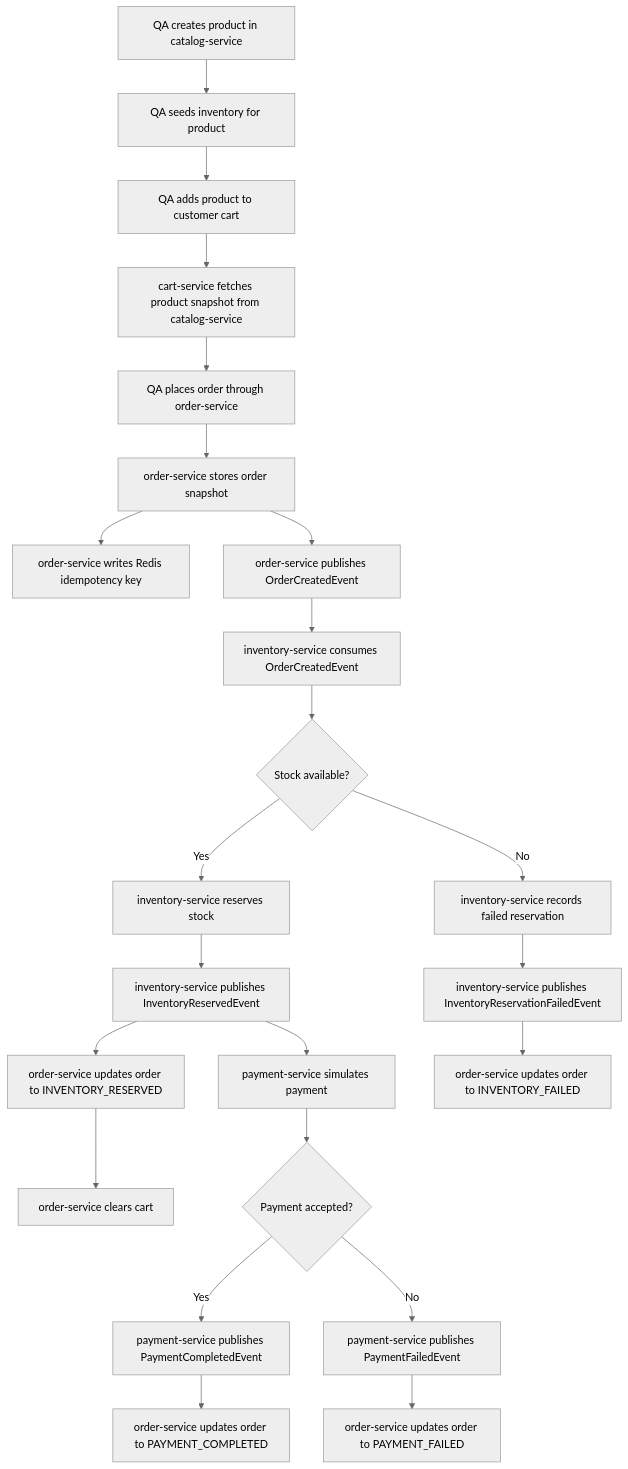
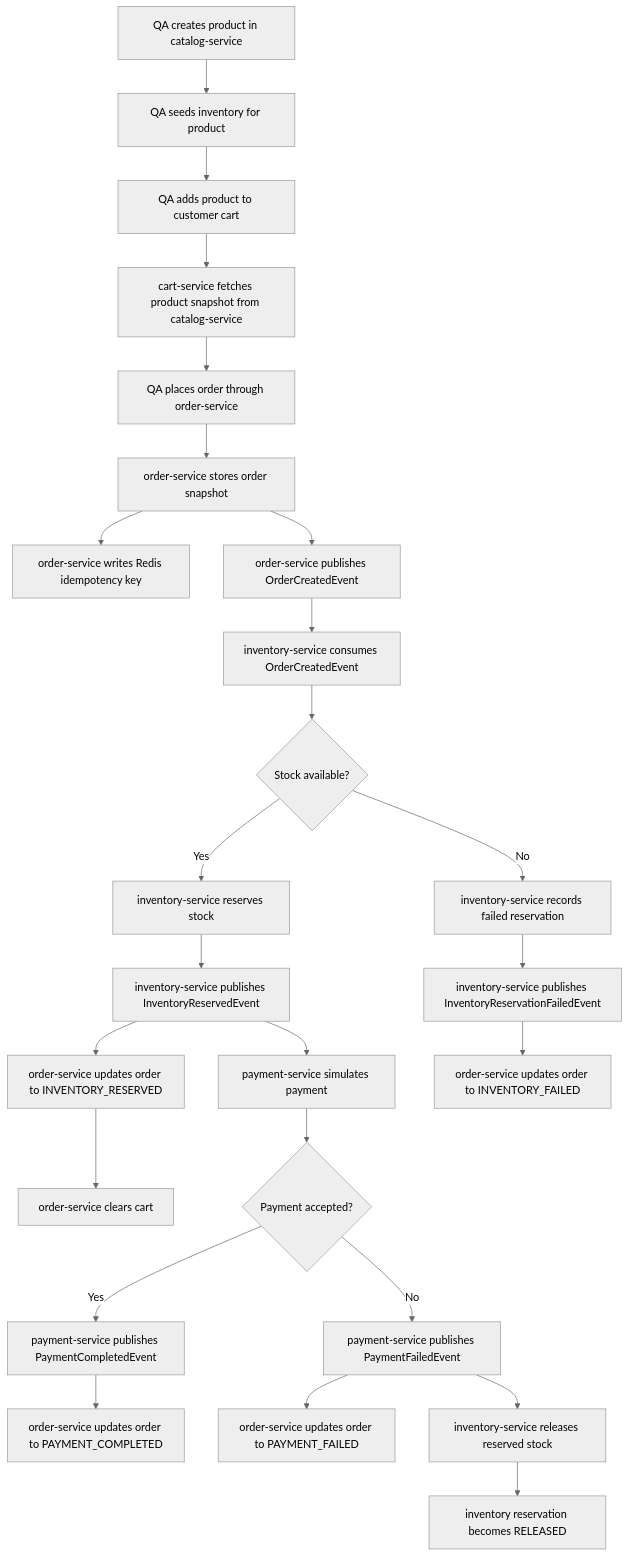
One commit to amttmr/EventCart changed the diagram in docs/10-qa-application-flow.md. Above: the diagram before and after it, drawn with Mermaid (neutral theme). The commit also changed other lines of this file and 15 other files, not shown here.

Commit message:
Implemented payment-failure compensation in inventory-service.

````diff
--- a/docs/10-qa-application-flow.md
+++ b/docs/10-qa-application-flow.md
@@ -47,25 +47,27 @@
 ```mermaid
 flowchart TD
     A["QA creates product in catalog-service"] --> B["QA seeds inventory for product"]
     B --> C["QA adds product to customer cart"]
     C --> D["cart-service fetches product snapshot from catalog-service"]
     D --> E["QA places order through order-service"]
     E --> F["order-service stores order snapshot"]
     F --> G["order-service writes Redis idempotency key"]
     F --> H["order-service publishes OrderCreatedEvent"]
     H --> I["inventory-service consumes OrderCreatedEvent"]
     I --> J{"Stock available?"}
     J -->|Yes| K["inventory-service reserves stock"]
     J -->|No| L["inventory-service records failed reservation"]
     K --> M["inventory-service publishes InventoryReservedEvent"]
     L --> N["inventory-service publishes InventoryReservationFailedEvent"]
     M --> O["order-service updates order to INVENTORY_RESERVED"]
     O --> P["order-service clears cart"]
     M --> R["payment-service simulates payment"]
     R --> S{"Payment accepted?"}
     S -->|Yes| T["payment-service publishes PaymentCompletedEvent"]
     S -->|No| U["payment-service publishes PaymentFailedEvent"]
     T --> V["order-service updates order to PAYMENT_COMPLETED"]
     U --> W["order-service updates order to PAYMENT_FAILED"]
+    U --> X["inventory-service releases reserved stock"]
+    X --> Y["inventory reservation becomes RELEASED"]
     N --> Q["order-service updates order to INVENTORY_FAILED"]
 ```
````
